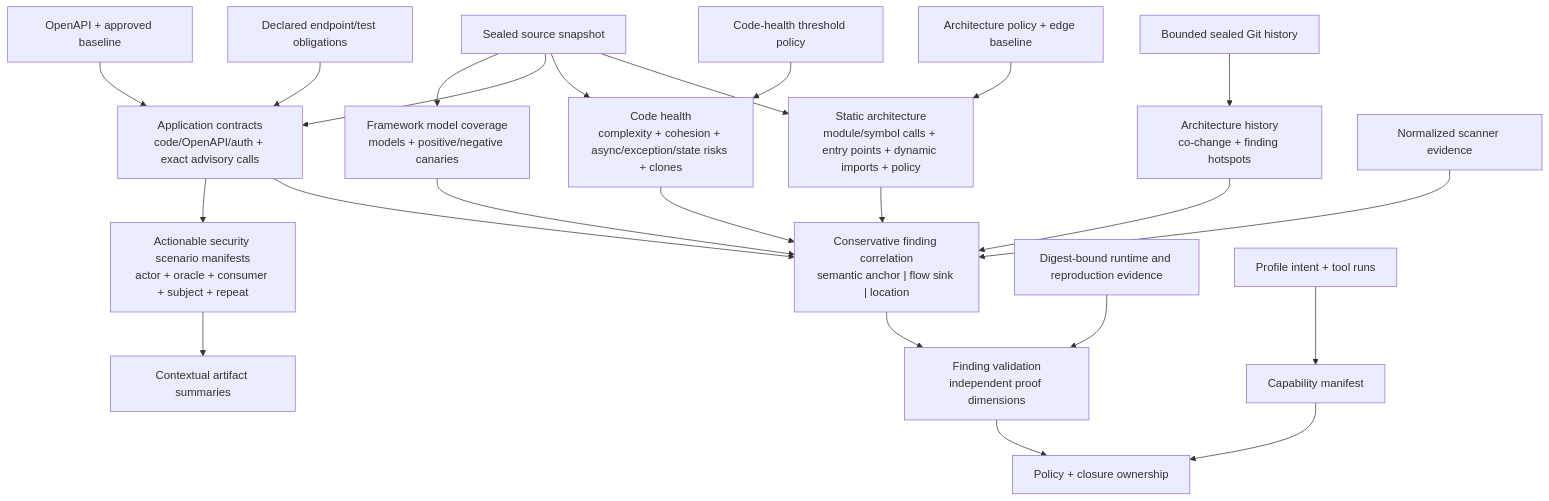
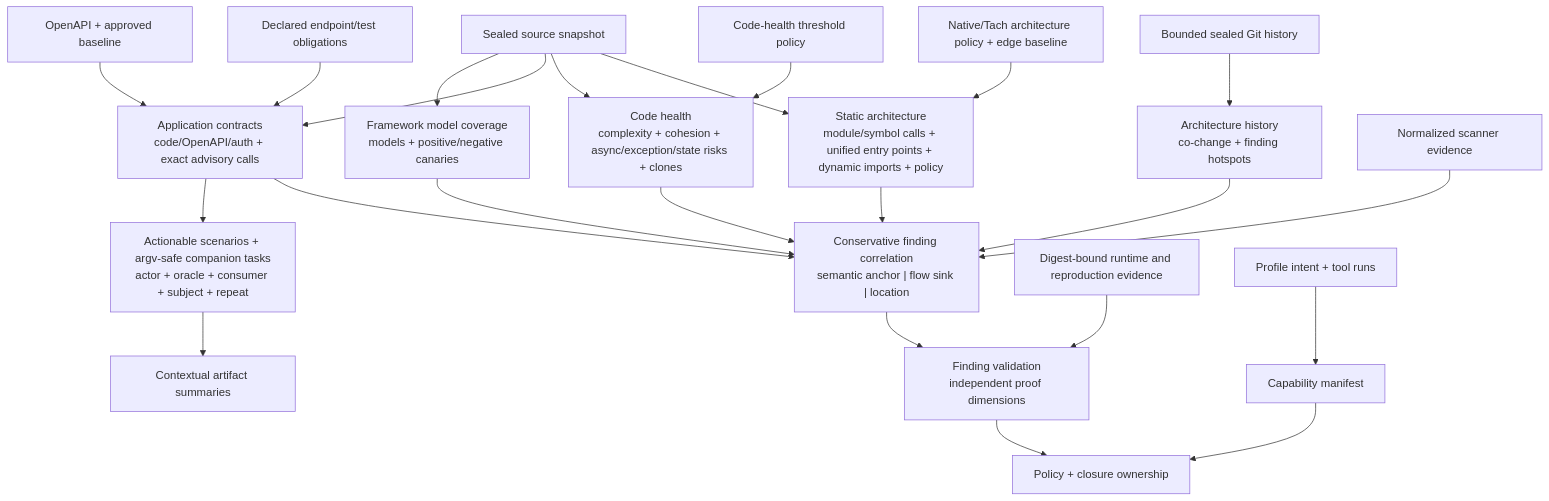
Before and after one commit to willtran87/project-py-security-suite: the second of 17 diagrams in docs/design.md, drawn with Mermaid. The commit also changed other lines of this file and 19 other files, not shown here.

````diff
--- a/docs/design.md
+++ b/docs/design.md
@@ -76,25 +76,25 @@
 ```mermaid
 flowchart TB
     Source["Sealed source snapshot"] --> Frameworks["Framework model coverage<br/>models + positive/negative canaries"]
     Source --> Contracts["Application contracts<br/>code/OpenAPI/auth + exact advisory calls"]
     OpenAPI["OpenAPI + approved baseline"] --> Contracts
     ContractPolicy["Declared endpoint/test obligations"] --> Contracts
-    Contracts --> Scenarios["Actionable security scenario manifests<br/>actor + oracle + consumer + subject + repeat"]
+    Contracts --> Scenarios["Actionable scenarios + argv-safe companion tasks<br/>actor + oracle + consumer + subject + repeat"]
     Source --> Health["Code health<br/>complexity + cohesion + async/exception/state risks + clones"]
     HealthPolicy["Code-health threshold policy"] --> Health
-    Source --> Architecture["Static architecture<br/>module/symbol calls + entry points + dynamic imports + policy"]
-    ArchitecturePolicy["Architecture policy + edge baseline"] --> Architecture
+    Source --> Architecture["Static architecture<br/>module/symbol calls + unified entry points + dynamic imports + policy"]
+    ArchitecturePolicy["Native/Tach architecture policy + edge baseline"] --> Architecture
     History["Bounded sealed Git history"] --> Temporal["Architecture history<br/>co-change + finding hotspots"]
     ToolEvidence["Normalized scanner evidence"] --> Correlate["Conservative finding correlation<br/>semantic anchor | flow sink | location"]
     Frameworks --> Correlate
     Contracts --> Correlate
     Scenarios --> Reports["Contextual artifact summaries"]
     Health --> Correlate
     Architecture --> Correlate
     Temporal --> Correlate
     Correlate --> Validation["Finding validation<br/>independent proof dimensions"]
     Runtime["Digest-bound runtime and reproduction evidence"] --> Validation
     Validation --> Policy["Policy + closure ownership"]
     Capabilities["Profile intent + tool runs"] --> Manifest["Capability manifest"]
     Manifest --> Policy
 ```
````
